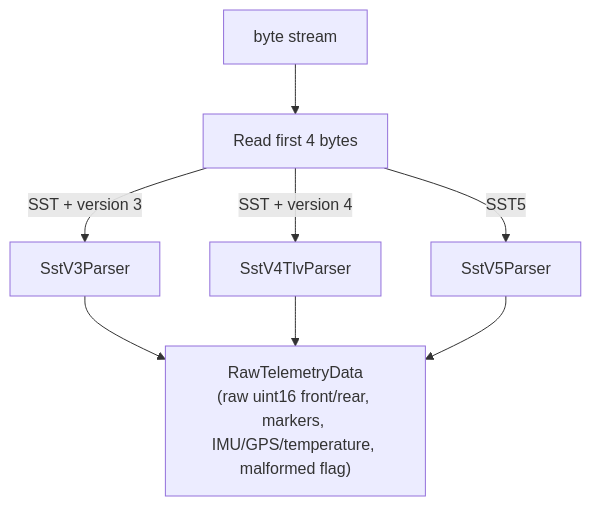
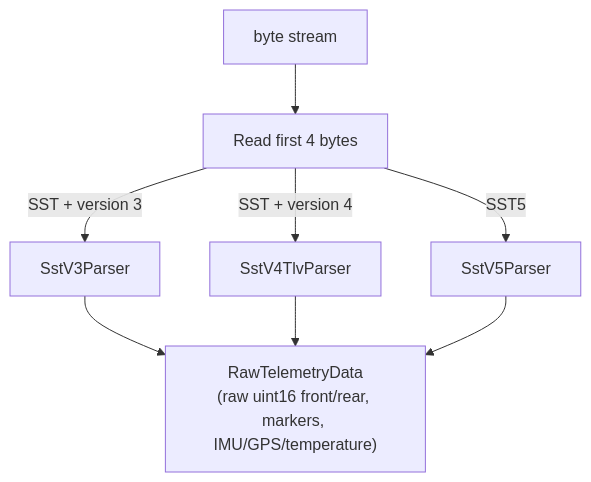
The second of 2 diagrams in docs/architecture/acquisition.md (MoridinBG/Sufni.app), drawn with Mermaid before and after one commit. The commit also changed other lines of this file and 20 other files, not shown here.

````diff
--- a/docs/architecture/acquisition.md
+++ b/docs/architecture/acquisition.md
@@ -109,10 +109,10 @@
 ```mermaid
 graph TD
     Stream["byte stream"] --> Prefix["Read first 4 bytes"]
     Prefix -->|"SST + version 3"| V3["SstV3Parser"]
     Prefix -->|"SST + version 4"| V4["SstV4TlvParser"]
     Prefix -->|"SST5"| V5["SstV5Parser"]
-    V3 --> RawTD["RawTelemetryData<br/>(raw uint16 front/rear, markers, IMU/GPS/temperature, malformed flag)"]
+    V3 --> RawTD["RawTelemetryData<br/>(raw uint16 front/rear, markers, IMU/GPS/temperature)"]
     V4 --> RawTD
     V5 --> RawTD
 ```
````
